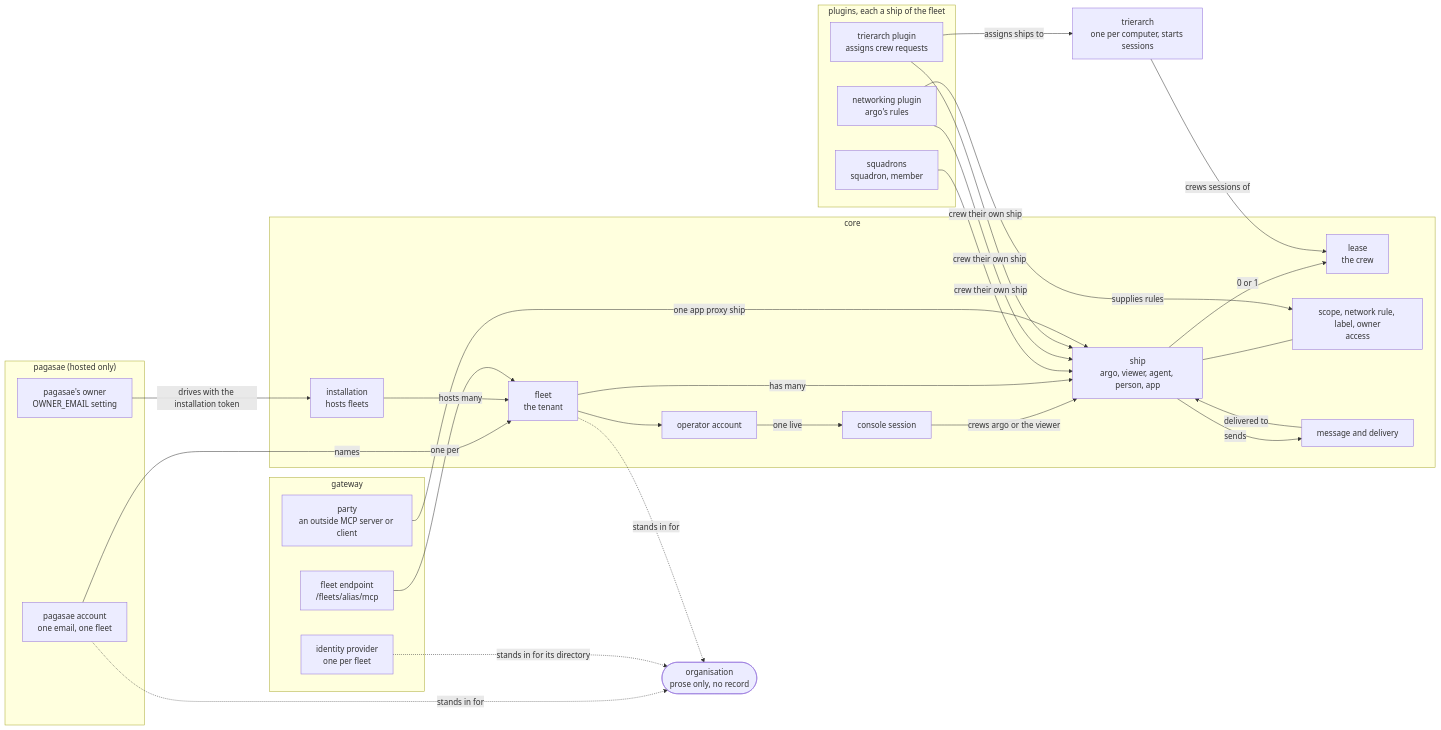
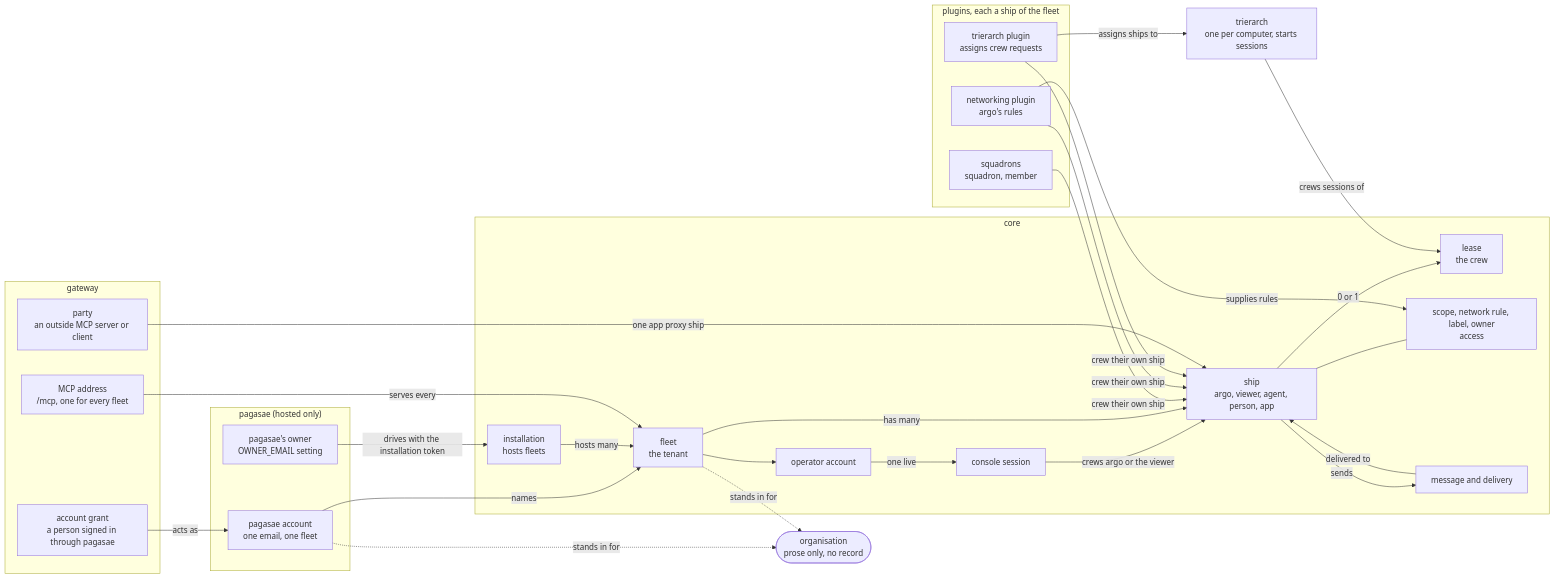
The first of 11 diagrams in docs/design/accounts/domain-model.md (ThomasHendrickx/aeolus-fleet), drawn with Mermaid before and after one commit. The commit also changed other lines of this file, not shown here.

First line of the commit message:
docs(accounts): the domain model reads the gateway's one address and its sign-in through pagasae

````diff
--- a/docs/design/accounts/domain-model.md
+++ b/docs/design/accounts/domain-model.md
@@ -42,50 +42,50 @@
 ```mermaid
 flowchart LR
   subgraph PAG["pagasae (hosted only)"]
     PA["pagasae account<br/>one email, one fleet"]
     PO["pagasae's owner<br/>OWNER_EMAIL setting"]
   end
   ORG(["organisation<br/>prose only, no record"])
   subgraph CORE["core"]
     INST["installation<br/>hosts fleets"]
     FLEET["fleet<br/>the tenant"]
     OPA["operator account"]
     CS["console session"]
     SHIP["ship<br/>argo, viewer, agent, person, app"]
     LEASE["lease<br/>the crew"]
     ACC["scope, network rule, label, owner<br/>access"]
     MSG["message and delivery"]
   end
   subgraph PLUG["plugins, each a ship of the fleet"]
     SQ["squadrons<br/>squadron, member"]
     NP["networking plugin<br/>argo's rules"]
     TP["trierarch plugin<br/>assigns crew requests"]
   end
   TRI["trierarch<br/>one per computer, starts sessions"]
   subgraph GW["gateway"]
     PARTY["party<br/>an outside MCP server or client"]
-    IDP["identity provider<br/>one per fleet"]
-    EP["fleet endpoint<br/>/fleets/alias/mcp"]
+    GRANT["account grant<br/>a person signed in through pagasae"]
+    EP["MCP address<br/>/mcp, one for every fleet"]
   end
 
   PO -->|drives with the installation token| INST
   PA -->|names| FLEET
   PA -.->|stands in for| ORG
   FLEET -.->|stands in for| ORG
   INST -->|hosts many| FLEET
   FLEET --> OPA
   OPA -->|one live| CS
   CS -->|crews argo or the viewer| SHIP
   FLEET -->|has many| SHIP
   SHIP -->|0 or 1| LEASE
   SHIP --- ACC
   SHIP -->|sends| MSG
   MSG -->|delivered to| SHIP
   SQ & NP & TP -->|crew their own ship| SHIP
   NP -->|supplies rules| ACC
   TRI -->|crews sessions of| LEASE
   TP -->|assigns ships to| TRI
   PARTY -->|one app proxy ship| SHIP
-  IDP -.->|stands in for its directory| ORG
-  EP -->|one per| FLEET
+  GRANT -->|acts as| PA
+  EP -->|serves every| FLEET
 ```
````
